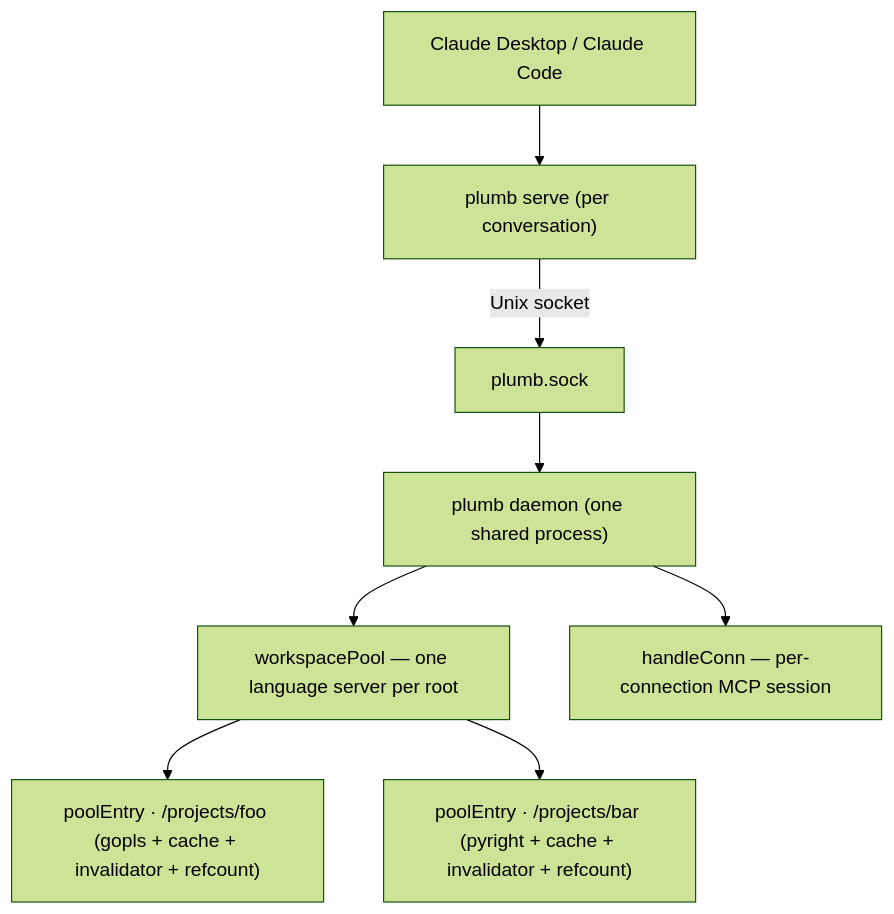
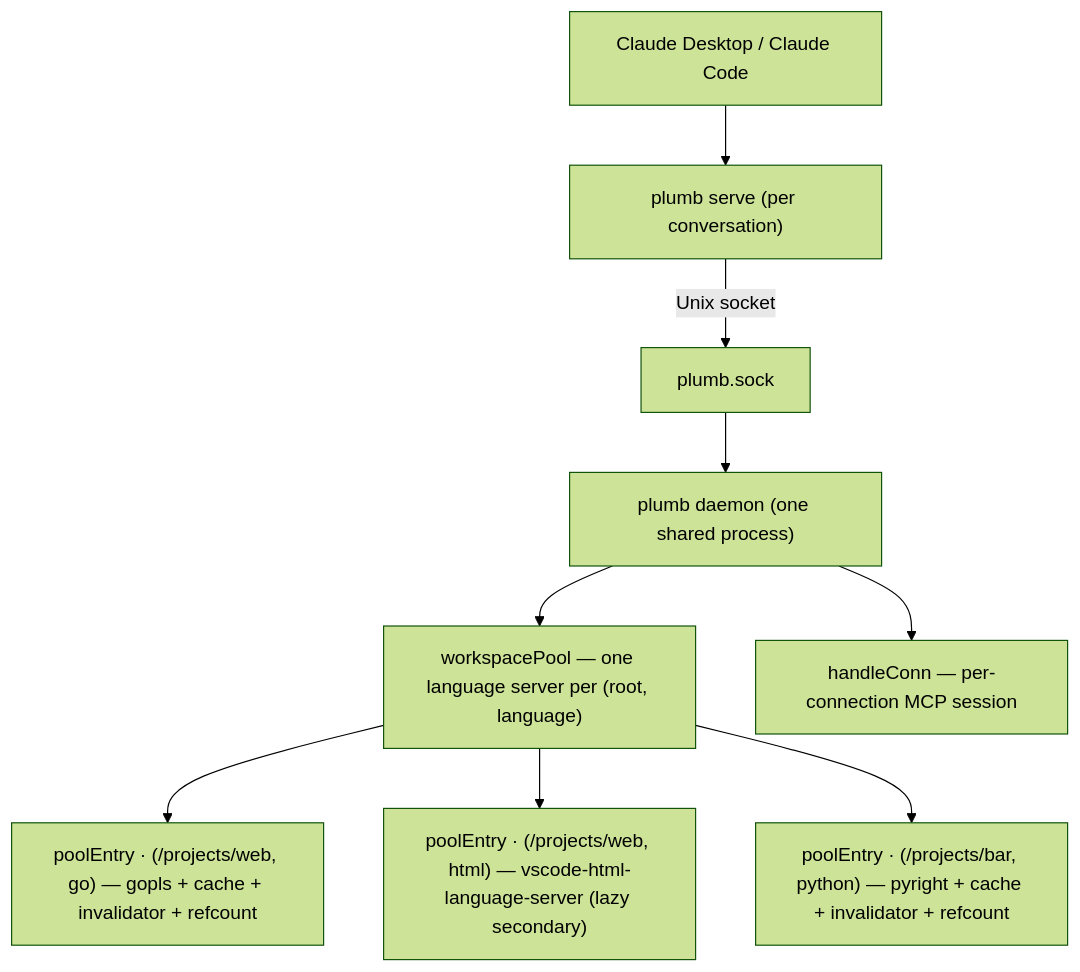
One commit to plumbkit/plumb changed the fourth of 6 diagrams in docs/architecture.md. Above: the diagram before and after it, drawn with Mermaid (forest theme). The commit also changed other lines of this file and 6 other files, not shown here.

First line of the commit message:
docs(multi-lsp): document multi-LSP-per-root; bump to 0.9.0

````diff
--- a/docs/architecture.md
+++ b/docs/architecture.md
@@ -133,10 +133,11 @@
 ```mermaid
 flowchart TD
     CC["Claude Desktop / Claude Code"] --> SV["plumb serve (per conversation)"]
     SV -->|Unix socket| SOCK["plumb.sock"]
     SOCK --> D["plumb daemon (one shared process)"]
-    D --> WP["workspacePool — one language server per root"]
-    WP --> PE1["poolEntry · /projects/foo (gopls + cache + invalidator + refcount)"]
-    WP --> PE2["poolEntry · /projects/bar (pyright + cache + invalidator + refcount)"]
+    D --> WP["workspacePool — one language server per (root, language)"]
+    WP --> PE1["poolEntry · (/projects/web, go) — gopls + cache + invalidator + refcount"]
+    WP --> PE2["poolEntry · (/projects/web, html) — vscode-html-language-server (lazy secondary)"]
+    WP --> PE3["poolEntry · (/projects/bar, python) — pyright + cache + invalidator + refcount"]
     D --> HC["handleConn — per-connection MCP session"]
 ```
````
